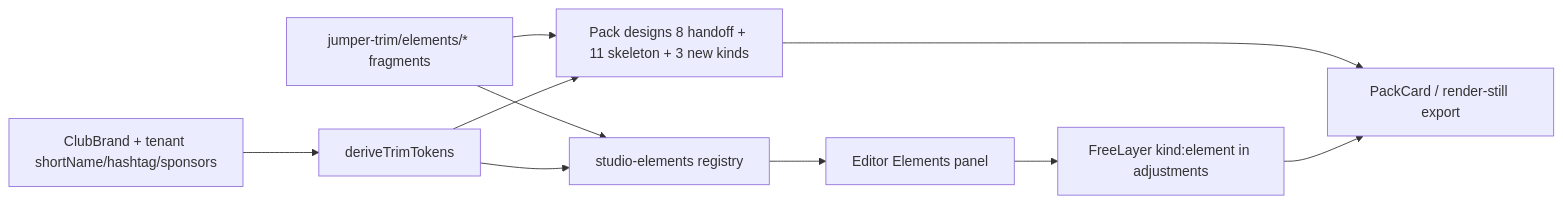
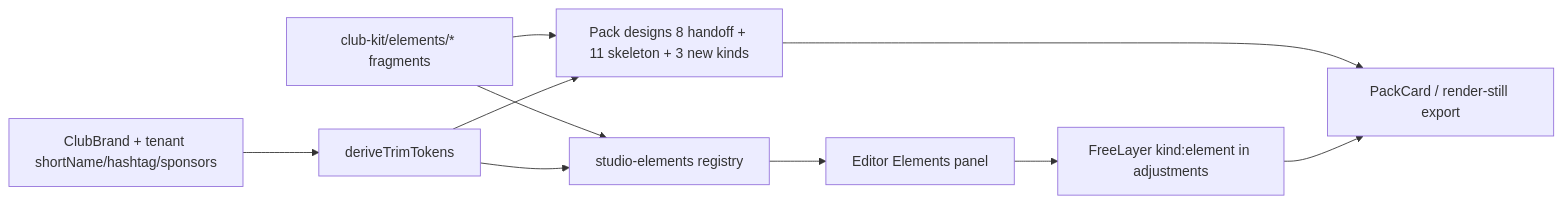
The diagram in docs/plans/2026-09-29-002-feat-club-colours-pack-elements-plan.md (AWyborn2/Ovation), drawn with Mermaid before and after one commit. The commit also changed other lines of this file and 1 other file, not shown here.

First line of the commit message:
docs(plans): name the pack Club Kit (club-kit-v1), resolving D1

````diff
--- a/docs/plans/2026-09-29-002-feat-club-colours-pack-elements-plan.md
+++ b/docs/plans/2026-09-29-002-feat-club-colours-pack-elements-plan.md
@@ -97,12 +97,12 @@
 ```mermaid
 flowchart LR
   B[ClubBrand + tenant shortName/hashtag/sponsors] --> T[deriveTrimTokens]
-  F[jumper-trim/elements/* fragments] --> P[Pack designs 8 handoff + 11 skeleton + 3 new kinds]
+  F[club-kit/elements/* fragments] --> P[Pack designs 8 handoff + 11 skeleton + 3 new kinds]
   F --> R[studio-elements registry]
   T --> P
   T --> R
   P --> PC[PackCard / render-still export]
   R --> EP[Editor Elements panel]
   EP --> FL[FreeLayer kind:element in adjustments]
   FL --> PC
 ```
````
